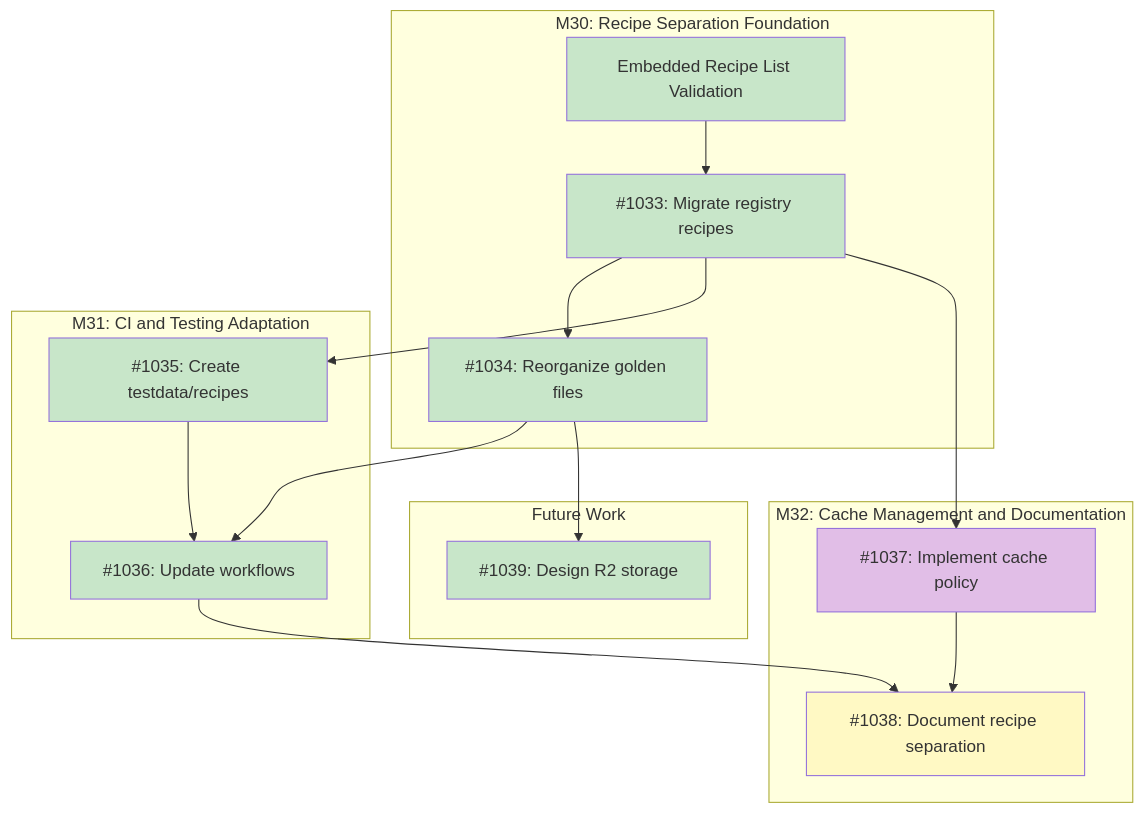
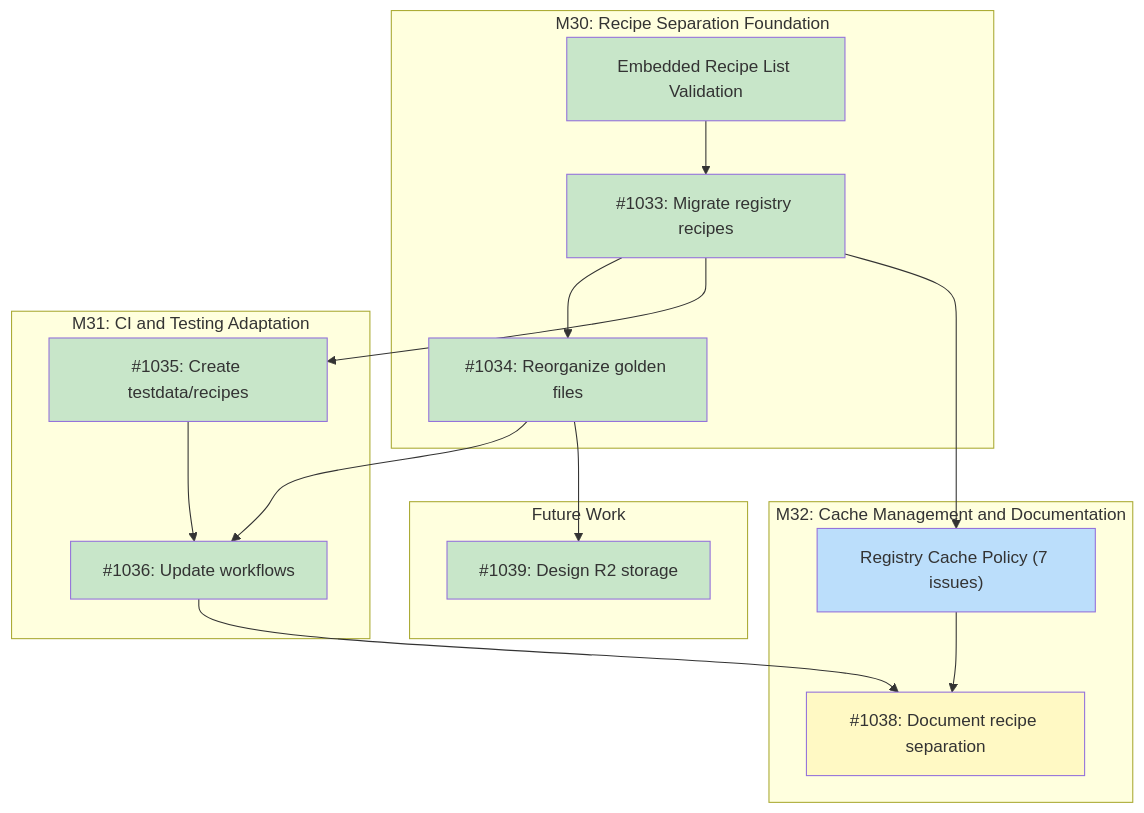
The diagram in docs/designs/DESIGN-recipe-registry-separation.md (tsukumogami/tsuku), drawn with Mermaid before and after one commit. The commit also changed other lines of this file and 1 other file, not shown here.

Commit message:
docs: add design for registry recipe cache policy (#1153)
Add tactical design document for registry recipe cache policy and create
implementation issues.

This design implements Stage 5 from the recipe registry separation
design, addressing the cache policy requirements specified in Gap 5
(unbounded cache) and Gap 6 (undefined error messages).

Key design decisions:
- JSON sidecar metadata files matching existing version cache patterns
- Bounded stale-if-error fallback (7 days max) for network resilience
- Threshold-based LRU eviction (80%/60%) for disk space management
- Structured error types for programmatic handling

````diff
--- a/docs/designs/DESIGN-recipe-registry-separation.md
+++ b/docs/designs/DESIGN-recipe-registry-separation.md
@@ -46,46 +46,46 @@
 ```mermaid
 graph TD
     subgraph M30["M30: Recipe Separation Foundation"]
         ERLV["Embedded Recipe List Validation"]
         I1033["#1033: Migrate registry recipes"]
         I1034["#1034: Reorganize golden files"]
     end
 
     subgraph M31["M31: CI and Testing Adaptation"]
         I1035["#1035: Create testdata/recipes"]
         I1036["#1036: Update workflows"]
     end
 
     subgraph M32["M32: Cache Management and Documentation"]
-        I1037["#1037: Implement cache policy"]
+        M33["Registry Cache Policy (7 issues)"]
         I1038["#1038: Document recipe separation"]
     end
 
     subgraph Future["Future Work"]
         I1039["#1039: Design R2 storage"]
     end
 
     ERLV --> I1033
     I1033 --> I1034
     I1033 --> I1035
-    I1033 --> I1037
+    I1033 --> M33
     I1034 --> I1036
     I1035 --> I1036
     I1034 --> I1039
     I1036 --> I1038
-    I1037 --> I1038
+    M33 --> I1038
 
     classDef done fill:#c8e6c9
     classDef ready fill:#bbdefb
     classDef blocked fill:#fff9c4
     classDef needsDesign fill:#e1bee7
 
     class ERLV done
     class I1033 done
     class I1034 done
     class I1035 done
     class I1036 done
     class I1038 blocked
-    class I1037 needsDesign
+    class M33 ready
     class I1039 done
 ```
````
